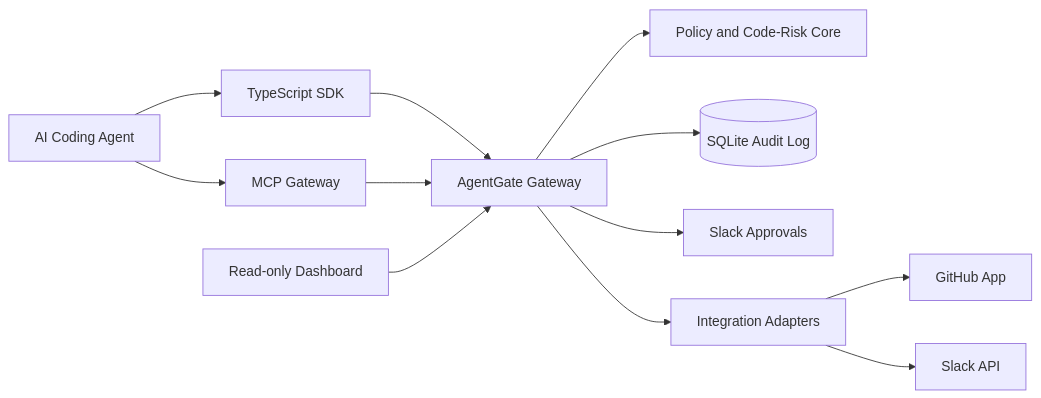
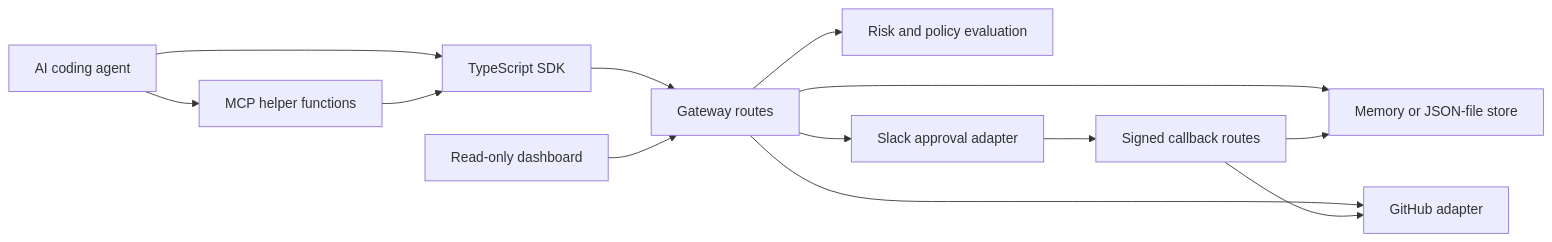
The diagram in docs/architecture.md (nodirumurkulov/AgentGate), drawn with Mermaid before and after one commit. The commit also changed other lines of this file and 15 other files, not shown here.

Commit message:
docs: document AgentGate scope and add verified fixture demo (#37)

````diff
--- a/docs/architecture.md
+++ b/docs/architecture.md
@@ -5,14 +5,15 @@
 ```mermaid
 flowchart LR
-  Agent[AI Coding Agent] --> SDK[TypeScript SDK]
-  Agent --> MCP[MCP Gateway]
-  SDK --> Gateway[AgentGate Gateway]
-  MCP --> Gateway
-  Gateway --> Core[Policy and Code-Risk Core]
-  Gateway --> Audit[(SQLite Audit Log)]
-  Gateway --> Approvals[Slack Approvals]
-  Gateway --> Integrations[Integration Adapters]
-  Integrations --> GitHub[GitHub App]
-  Integrations --> Slack[Slack API]
-  Dashboard[Read-only Dashboard] --> Gateway
+  Agent[AI coding agent] --> SDK[TypeScript SDK]
+  Agent --> MCP[MCP helper functions]
+  SDK --> Gateway[Gateway routes]
+  MCP --> SDK
+  Gateway --> Core[Risk and policy evaluation]
+  Gateway --> Store[Memory or JSON-file store]
+  Gateway --> GitHub[GitHub adapter]
+  Gateway --> Slack[Slack approval adapter]
+  Slack --> Callback[Signed callback routes]
+  Callback --> Store
+  Callback --> GitHub
+  Dashboard[Read-only dashboard] --> Gateway
 ```
````
